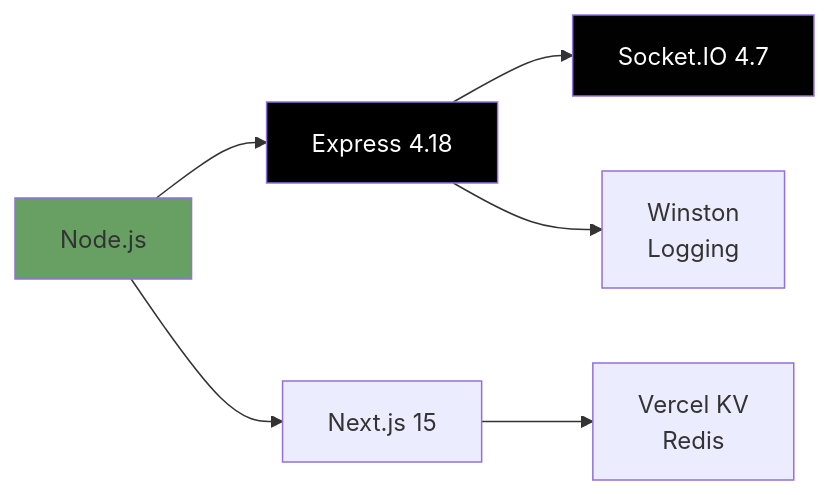
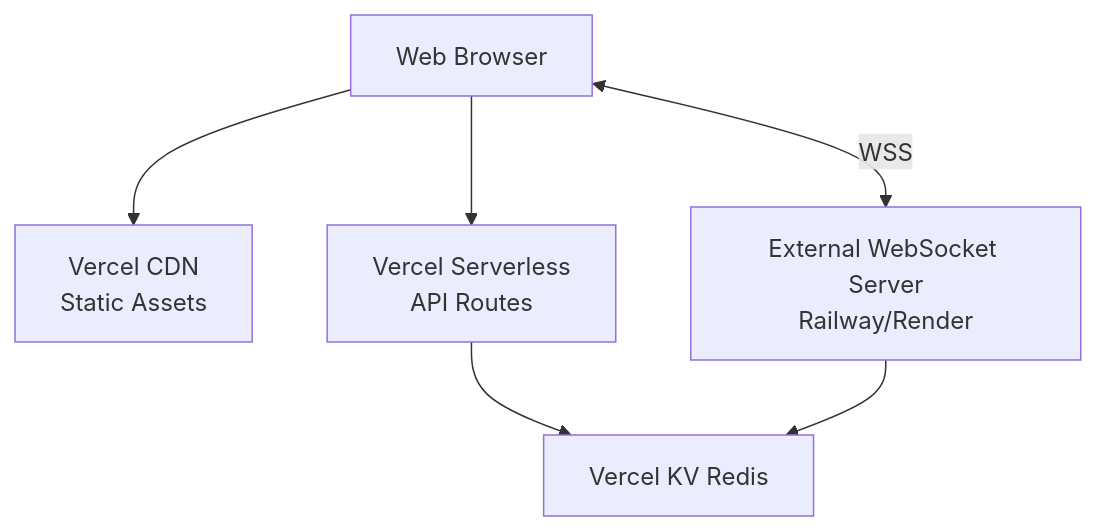
One commit to mcclowes/knights-and-crosses changed the seventh of 8 diagrams in ARCHITECTURE.md. Above: the diagram before and after it, drawn with Mermaid. The commit also changed other lines of this file, not shown here.

````diff
--- a/ARCHITECTURE.md
+++ b/ARCHITECTURE.md
@@ -781,12 +693,14 @@
 ```mermaid
-graph LR
-    Node[Node.js] --> Express[Express 4.18]
-    Express --> SocketIO[Socket.IO 4.7]
-    Node --> NextJS[Next.js 15]
-    Express --> Winston[Winston<br/>Logging]
-    NextJS --> Redis[Vercel KV<br/>Redis]
+graph TB
+    Client[Web Browser]
+    VercelCDN[Vercel CDN<br/>Static Assets]
+    VercelFunc[Vercel Serverless<br/>API Routes]
+    External[External WebSocket Server<br/>Railway/Render]
+    Redis[Vercel KV Redis]
 
-    style Node fill:#68a063
-    style Express fill:#000000,color:#fff
-    style SocketIO fill:#010101,color:#fff
+    Client --> VercelCDN
+    Client --> VercelFunc
+    Client <-->|WSS| External
+    VercelFunc --> Redis
+    External --> Redis
 ```
````
